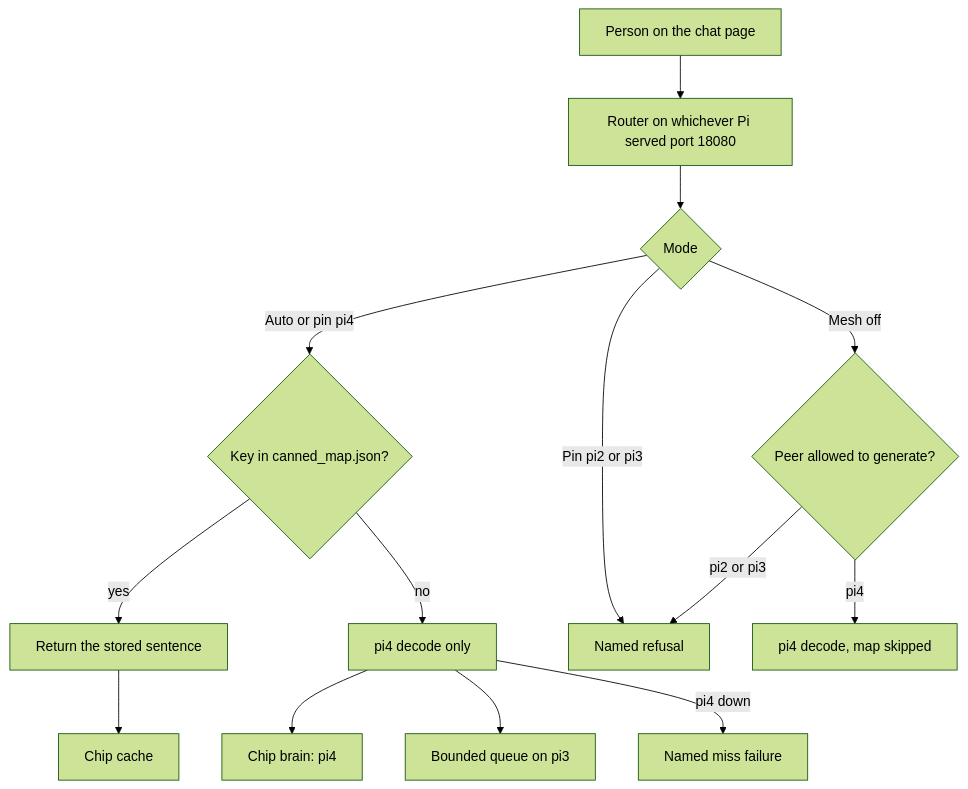
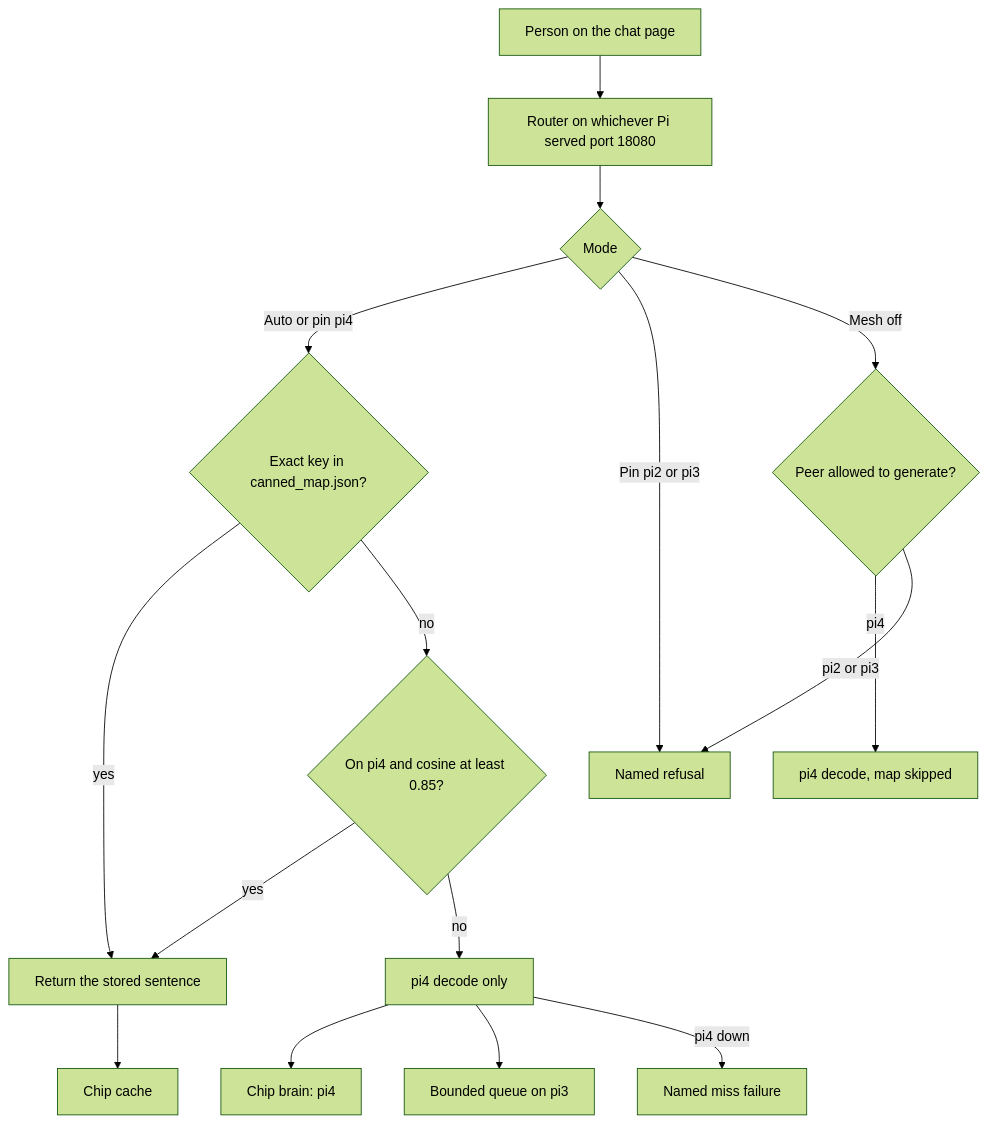
Before and after one commit to akashnaren/raspberry-pi-fun: the first of 2 diagrams in README.md, drawn with Mermaid (forest theme). The commit also changed other lines of this file and 4 other files, not shown here.

First line of the commit message:
Match canned-map paraphrases with Arctic embed on pi4

````diff
--- a/README.md
+++ b/README.md
@@ -75,16 +81,18 @@
 ```mermaid
 flowchart TD
   U[Person on the chat page] --> R[Router on whichever Pi served port 18080]
   R --> M{Mode}
-  M -->|Auto or pin pi4| Q{Key in canned_map.json?}
+  M -->|Auto or pin pi4| Q{Exact key in canned_map.json?}
   Q -->|yes| C[Return the stored sentence]
   C --> ChipC[Chip cache]
-  Q -->|no| B[pi4 decode only]
+  Q -->|no| S{On pi4 and cosine at least 0.85?}
+  S -->|yes| C
+  S -->|no| B[pi4 decode only]
   B --> ChipB[Chip brain: pi4]
   B --> L[Bounded queue on pi3]
   M -->|Pin pi2 or pi3| X[Named refusal]
   M -->|Mesh off| D{Peer allowed to generate?}
   D -->|pi4| B2[pi4 decode, map skipped]
   D -->|pi2 or pi3| X
   B -->|pi4 down| E[Named miss failure]
 ```
````
